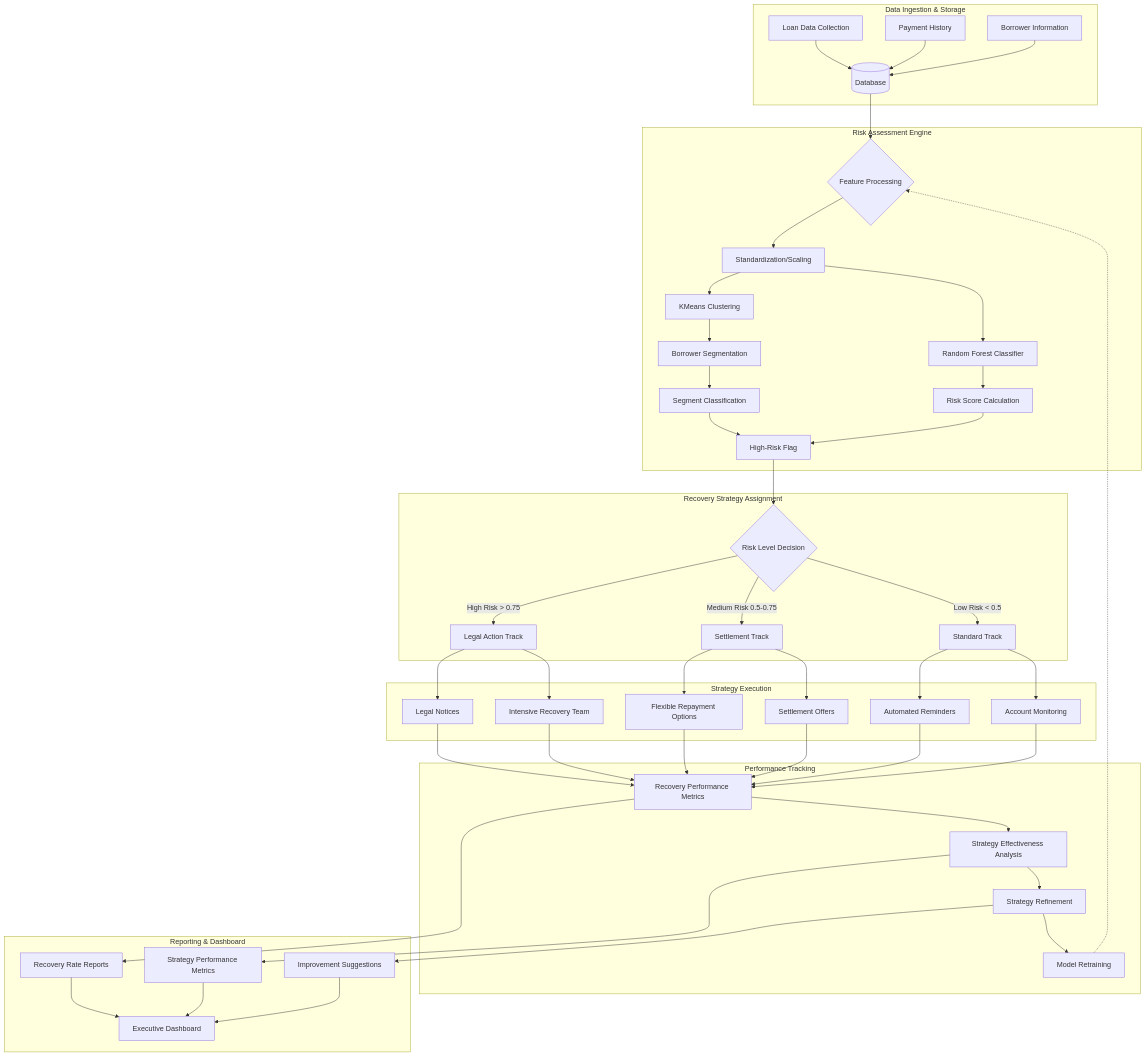
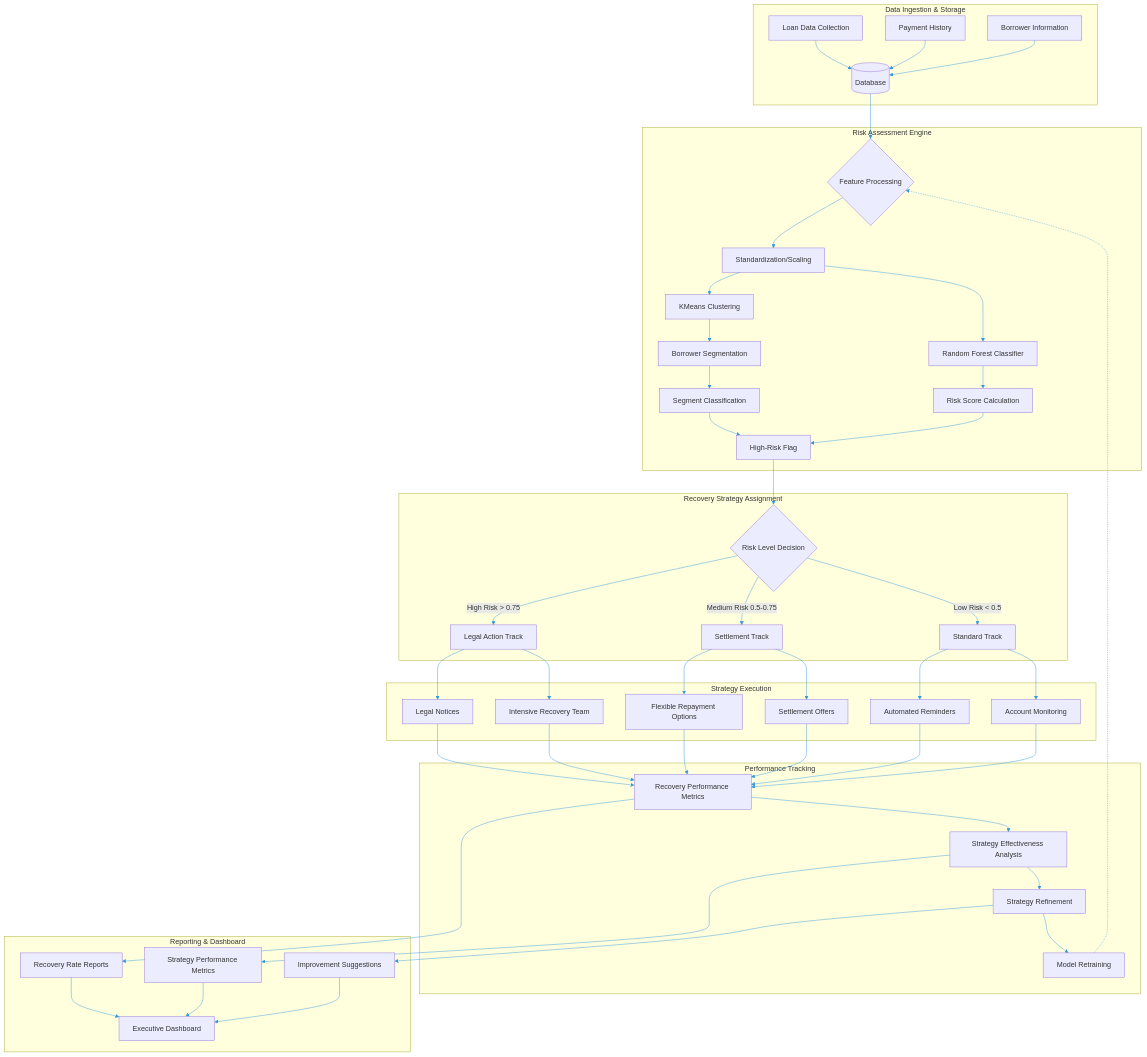
Before and after one commit to ritvika-talreja/Loan-Recovery-Engine: the diagram in README.md, drawn with Mermaid.

````diff
--- a/README.md
+++ b/README.md
@@ -21,51 +21,52 @@
 ```mermaid
+%%{init: {'theme': 'default', 'themeVariables': { 'primaryColor': '#f0f8ff', 'primaryTextColor': '#003366', 'primaryBorderColor': '#7fc1ff', 'lineColor': '#3498db', 'secondaryColor': '#f1f8e9', 'tertiaryColor': '#e8f5e9' }}}%%
 flowchart TD
     subgraph DataIngestion["Data Ingestion & Storage"]
         A[Loan Data Collection] --> B[(Database)]
         C[Payment History] --> B
         D[Borrower Information] --> B
     end
 
     subgraph RiskAssessment["Risk Assessment Engine"]
         B --> E{Feature Processing}
         E --> F[Standardization/Scaling]
         F --> G[KMeans Clustering]
         F --> H[Random Forest Classifier]
         G --> I[Borrower Segmentation]
         H --> J[Risk Score Calculation]
         I --> K[Segment Classification]
         K --> L[High-Risk Flag]
         J --> L
     end
 
     subgraph RecoveryStrategy["Recovery Strategy Assignment"]
         L --> M{Risk Level Decision}
         M -->|High Risk > 0.75| N[Legal Action Track]
         M -->|Medium Risk 0.5-0.75| O[Settlement Track]
         M -->|Low Risk < 0.5| P[Standard Track]
     end
 
     subgraph ExecutionEngine["Strategy Execution"]
         N --> Q[Legal Notices]
         N --> R[Intensive Recovery Team]
         O --> S[Flexible Repayment Options]
         O --> T[Settlement Offers]
         P --> U[Automated Reminders]
         P --> V[Account Monitoring]
     end
 
     subgraph PerformanceTracking["Performance Tracking"]
         Q & R & S & T & U & V --> W[Recovery Performance Metrics]
         W --> X[Strategy Effectiveness Analysis]
         X --> Y[Strategy Refinement]
         Y --> Z[Model Retraining]
         Z -.-> E
     end
 
     subgraph Dashboard["Reporting & Dashboard"]
         W --> AA[Recovery Rate Reports]
         X --> BB[Strategy Performance Metrics]
         Y --> CC[Improvement Suggestions]
         AA & BB & CC --> DD[Executive Dashboard]
     end
 ```
````
